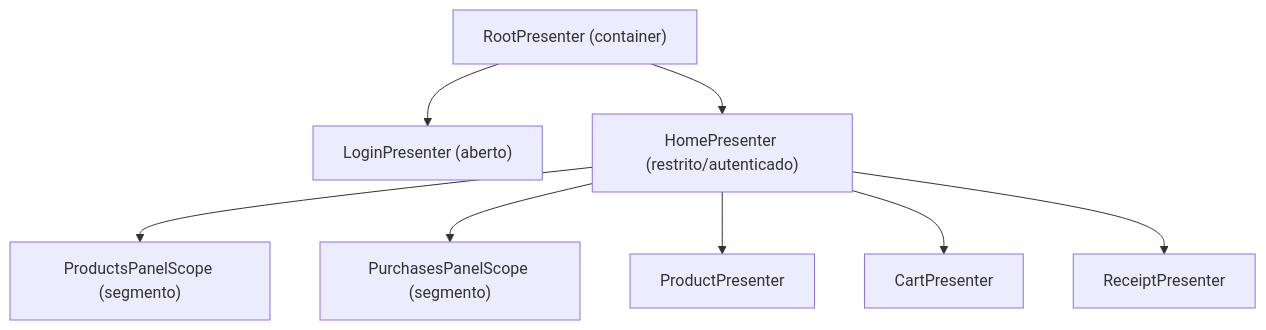
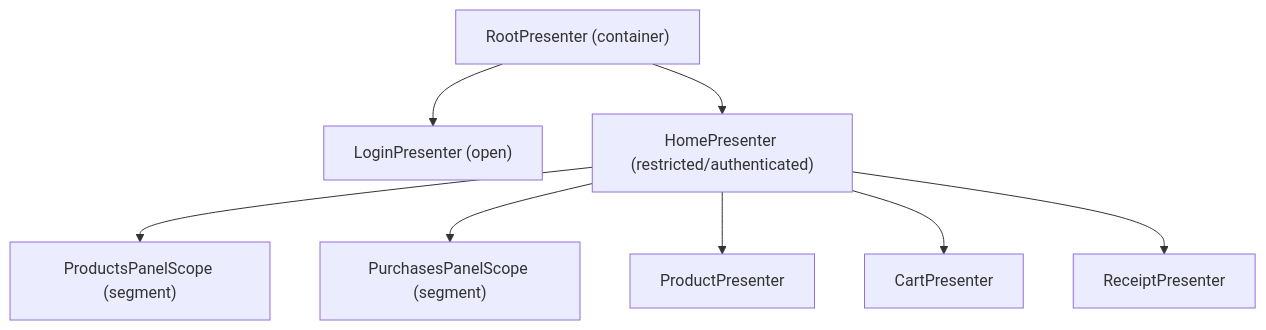
One commit to mrcdom/wdc-cube-java-v2 changed the third of 3 diagrams in README.md. Above: the diagram before and after it, drawn with Mermaid. The commit also changed other lines of this file and 69 other files, not shown here.

````diff
--- a/README.md
+++ b/README.md
@@ -355,11 +359,11 @@
 ```mermaid
 graph TD
     Root["RootPresenter (container)"]
-    Root --> Login["LoginPresenter (aberto)"]
-    Root --> Home["HomePresenter (restrito/autenticado)"]
-    Home --> ProductsPanel["ProductsPanelScope (segmento)"]
-    Home --> PurchasesPanel["PurchasesPanelScope (segmento)"]
+    Root --> Login["LoginPresenter (open)"]
+    Root --> Home["HomePresenter (restricted/authenticated)"]
+    Home --> ProductsPanel["ProductsPanelScope (segment)"]
+    Home --> PurchasesPanel["PurchasesPanelScope (segment)"]
     Home --> Product["ProductPresenter"]
     Home --> Cart["CartPresenter"]
     Home --> Receipt["ReceiptPresenter"]
 ```
````
